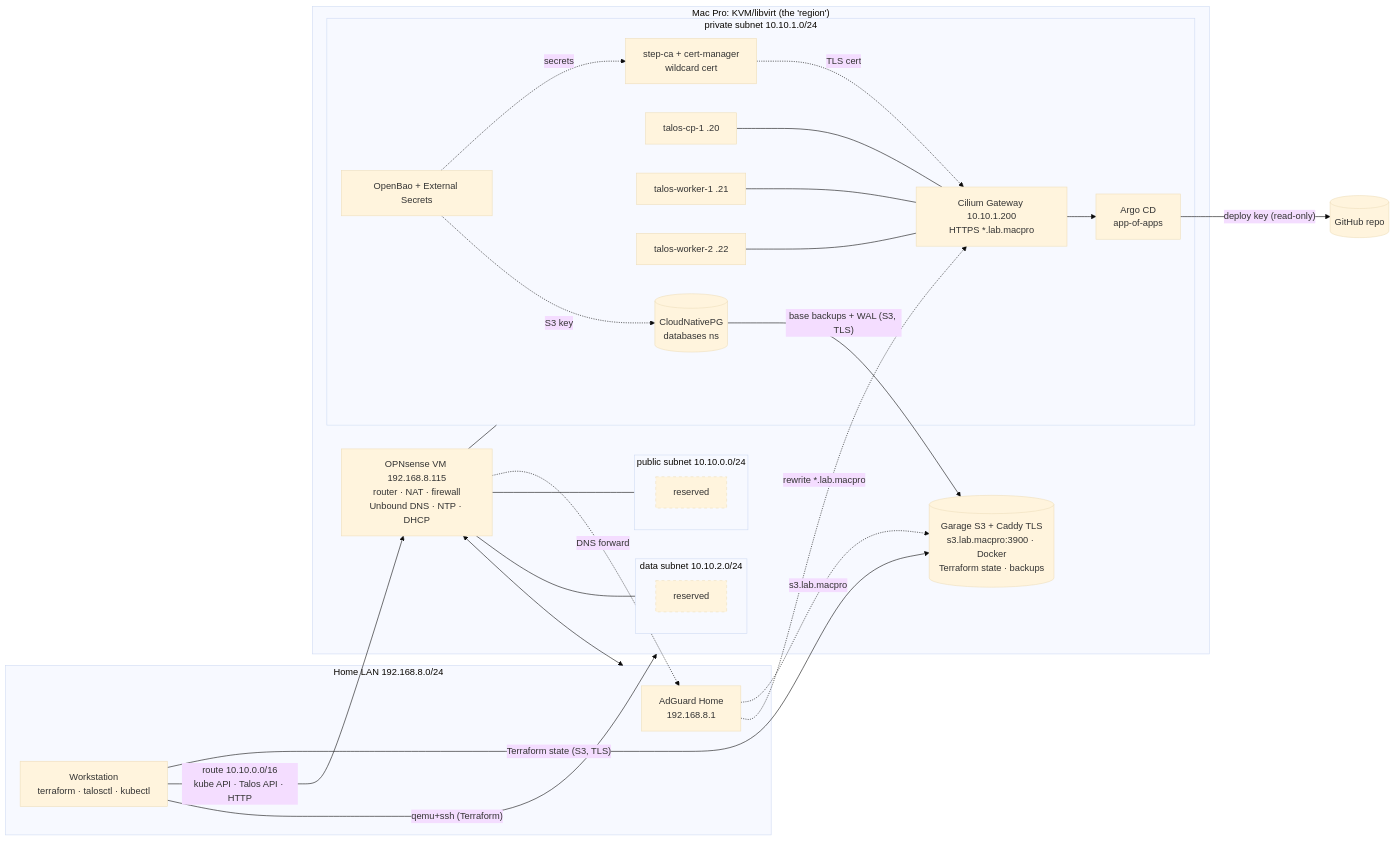
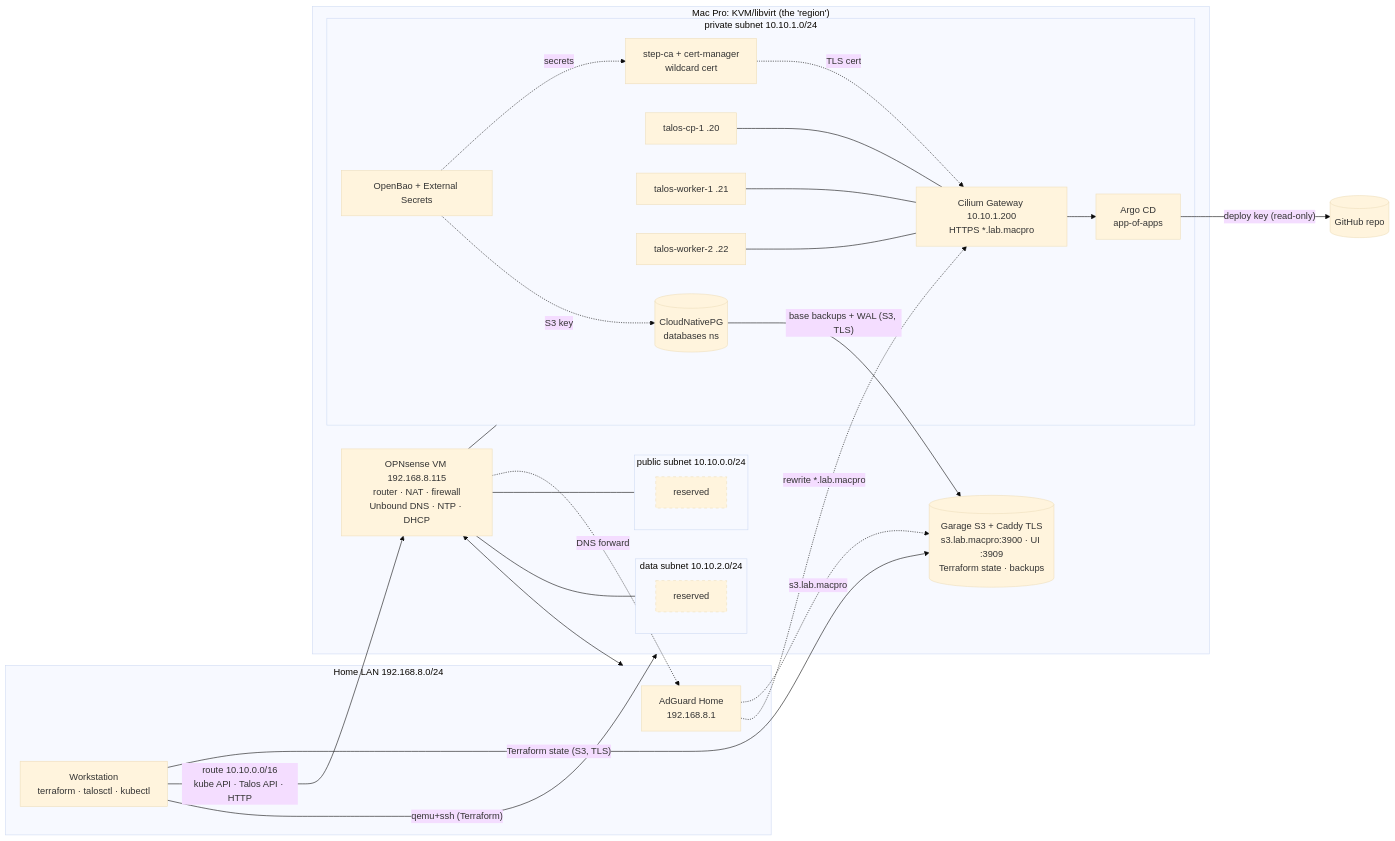
One commit to nok500/homelab-cloud changed the diagram in README.md. Above: the diagram before and after it, drawn with Mermaid (base theme). The commit also changed other lines of this file and 11 other files, not shown here.

First line of the commit message:
feat(garage): Garage UI on https://s3.lab.macpro:3909 behind its own login

````diff
--- a/README.md
+++ b/README.md
@@ -22,45 +22,45 @@
 ```mermaid
 flowchart LR
   subgraph LAN["Home LAN 192.168.8.0/24"]
     ws[Workstation<br/>terraform · talosctl · kubectl]
     dns[AdGuard Home<br/>192.168.8.1]
   end
   subgraph host["Mac Pro: KVM/libvirt (the 'region')"]
     opn[OPNsense VM 192.168.8.115<br/>router · NAT · firewall<br/>Unbound DNS · NTP · DHCP]
-    garage[(Garage S3 + Caddy TLS<br/>s3.lab.macpro:3900 · Docker<br/>Terraform state · backups)]
+    garage[(Garage S3 + Caddy TLS<br/>s3.lab.macpro:3900 · UI :3909<br/>Terraform state · backups)]
     subgraph pub["public subnet 10.10.0.0/24"]
       pubnote[reserved]
     end
     subgraph priv["private subnet 10.10.1.0/24"]
       gw[Cilium Gateway 10.10.1.200<br/>HTTPS *.lab.macpro]
       pki[step-ca + cert-manager<br/>wildcard cert]
       bao[OpenBao + External Secrets]
       cp[talos-cp-1 .20]
       w1[talos-worker-1 .21]
       w2[talos-worker-2 .22]
       argo[Argo CD<br/>app-of-apps]
       db[(CloudNativePG<br/>databases ns)]
     end
     subgraph data["data subnet 10.10.2.0/24"]
       datanote[reserved]
     end
   end
   gh[(GitHub repo)]
   ws -- "qemu+ssh (Terraform)" --> host
   ws -- "Terraform state (S3, TLS)" --> garage
   dns -. "s3.lab.macpro" .-> garage
   ws -- "route 10.10.0.0/16<br/>kube API · Talos API · HTTP" --> opn
   LAN <--> opn
   opn --- pub & priv & data
   opn -. "DNS forward" .-> dns
   gw --> argo
   pki -. "TLS cert" .-> gw
   bao -. "secrets" .-> pki
   cp & w1 & w2 --- gw
   argo -- "deploy key (read-only)" --> gh
   dns -. "rewrite *.lab.macpro" .-> gw
   style pubnote stroke-dasharray: 5 5
   style datanote stroke-dasharray: 5 5
   db -- "base backups + WAL (S3, TLS)" --> garage
   bao -. "S3 key" .-> db
 ```
````
